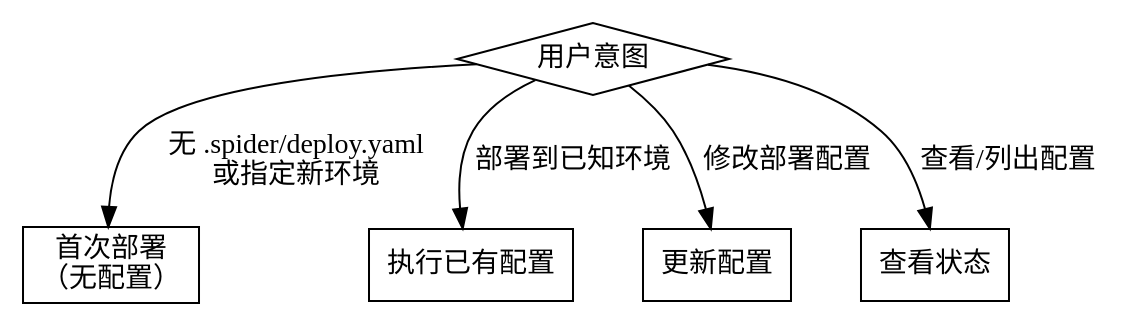
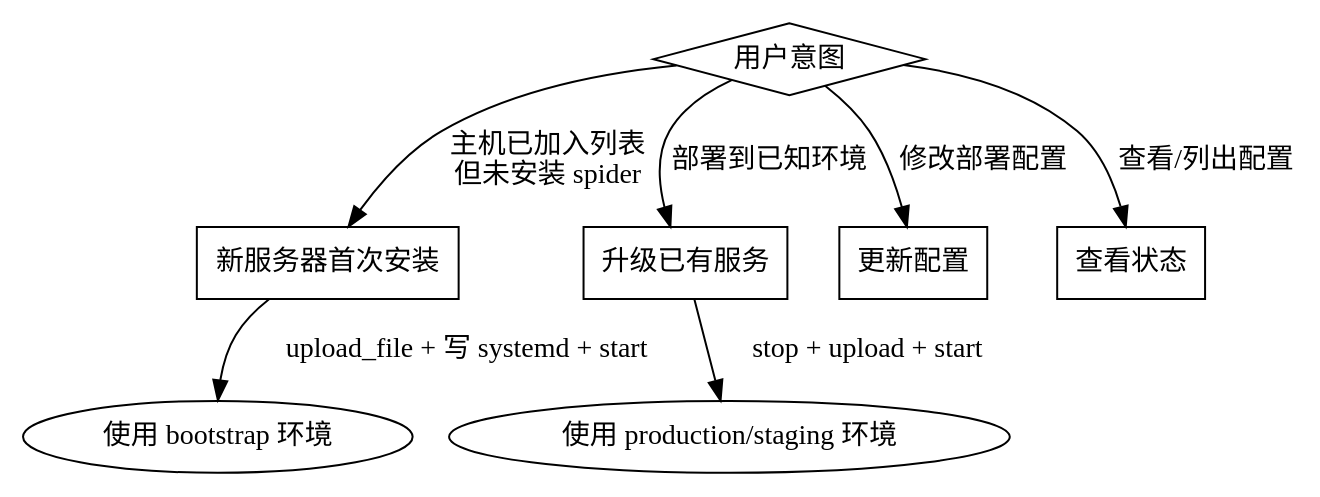
One commit to firesidefox/spider changed the diagram in skills/spider-deploy/SKILL.md. Above: the diagram before and after it, drawn with Graphviz. The commit also changed other lines of this file and 1 other file, not shown here.

Commit message:
feat: 注册 BinaryDownloadHandler 路由；更新 spider-deploy skill

````diff
--- a/skills/spider-deploy/SKILL.md
+++ b/skills/spider-deploy/SKILL.md
@@ -15,14 +25,17 @@
 ```dot
 digraph deploy_flow {
     "用户意图" [shape=diamond];
-    "首次部署\n（无配置）" [shape=box];
-    "执行已有配置" [shape=box];
+    "新服务器首次安装" [shape=box];
+    "升级已有服务" [shape=box];
     "更新配置" [shape=box];
     "查看状态" [shape=box];
 
-    "用户意图" -> "首次部署\n（无配置）" [label="无 .spider/deploy.yaml\n或指定新环境"];
-    "用户意图" -> "执行已有配置" [label="部署到已知环境"];
+    "用户意图" -> "新服务器首次安装" [label="主机已加入列表\n但未安装 spider"];
+    "用户意图" -> "升级已有服务" [label="部署到已知环境"];
     "用户意图" -> "更新配置" [label="修改部署配置"];
     "用户意图" -> "查看状态" [label="查看/列出配置"];
+
+    "新服务器首次安装" -> "使用 bootstrap 环境" [label="upload_file + 写 systemd + start"];
+    "升级已有服务" -> "使用 production/staging 环境" [label="stop + upload + start"];
 }
 ```
````
